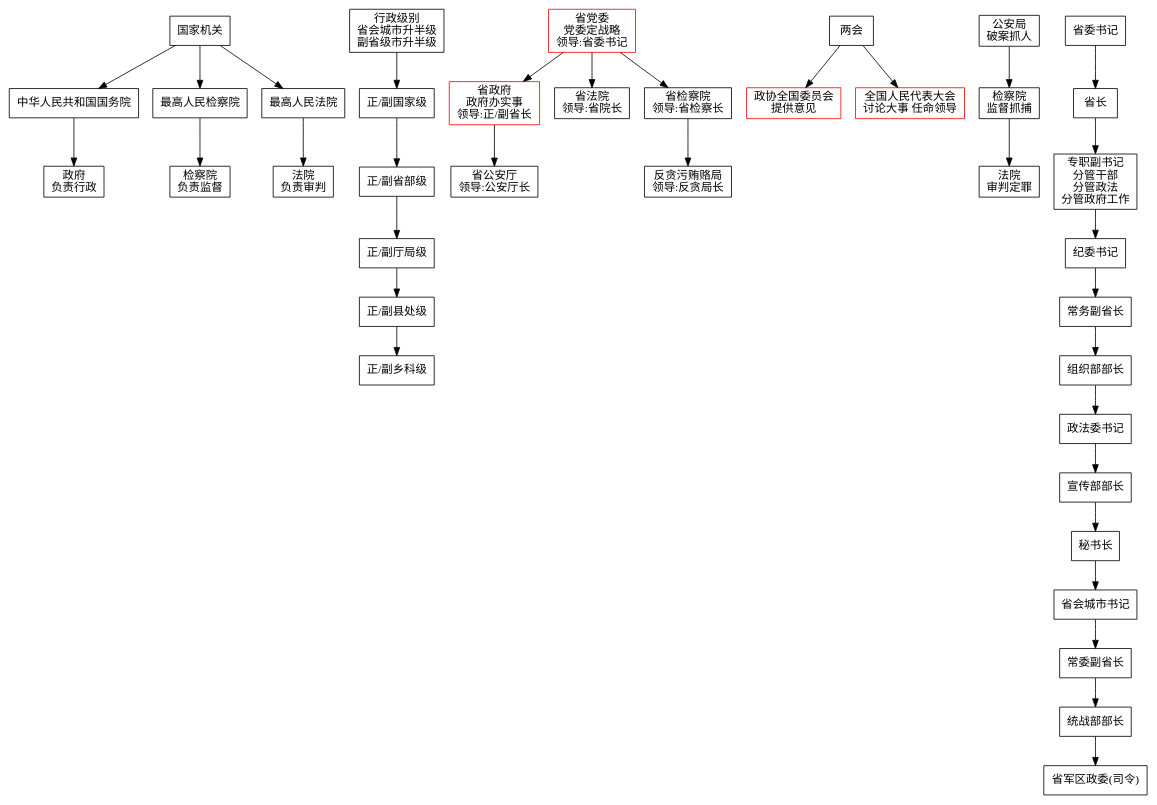
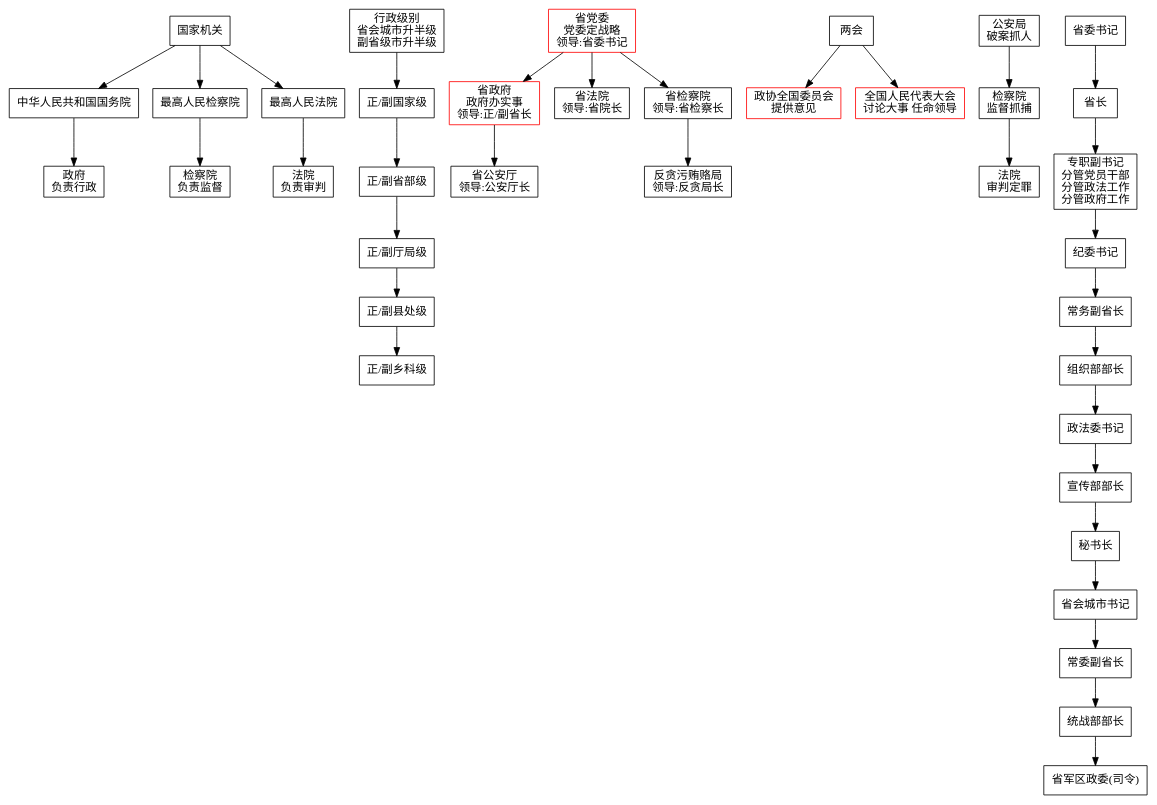
One commit to JamesHopbourn/matplotlib-with-travis changed the diagram in Gov.dot. Above: the diagram before and after it, drawn with Graphviz.

```diff
--- a/Gov.dot
+++ b/Gov.dot
@@ -1,25 +1,25 @@
 digraph Orthogonal {
   node [shape=box];
   "国家机关" -> "中华人民共和国国务院" -> "政府\n负责行政";
   "国家机关" -> "最高人民检察院" -> "检察院\n负责监督";
   "国家机关" -> "最高人民法院" -> "法院\n负责审判";
 
   "行政级别\n省会城市升半级\n副省级市升半级" -> "正/副国家级" -> "正/副省部级" -> "正/副厅局级" -> "正/副县处级" -> "正/副乡科级";
 
   "省党委\n党委定战略\n领导:省委书记" [color="#FF0000"];
   "省政府\n政府办实事\n领导:正/副省长" [color="#FF0000"];
   "政协全国委员会\n提供意见" [color="#FF0000"];
   "全国人民代表大会\n讨论大事 任命领导" [color="#FF0000"];
 
 
   "省党委\n党委定战略\n领导:省委书记" -> "省政府\n政府办实事\n领导:正/副省长" -> "省公安厅\n领导:公安厅长";
   "省党委\n党委定战略\n领导:省委书记" -> "省法院\n领导:省院长";
   "省党委\n党委定战略\n领导:省委书记" -> "省检察院\n领导:省检察长" -> "反贪污贿赂局\n领导:反贪局长"; 
 
   "两会" -> "全国人民代表大会\n讨论大事 任命领导";
   "两会" -> "政协全国委员会\n提供意见";
 
   "公安局\n破案抓人" -> "检察院\n监督抓捕" -> "法院\n审判定罪";
   
-  "省委书记" -> "省长" -> "专职副书记\n分管干部\n分管政法\n分管政府工作" -> "纪委书记" -> "常务副省长" -> "组织部部长" -> "政法委书记" -> "宣传部部长" -> "秘书长" -> "省会城市书记" -> "常委副省长" -> "统战部部长" -> "省军区政委(司令)";
+  "省委书记" -> "省长" -> "专职副书记\n分管党员干部\n分管政法工作\n分管政府工作" -> "纪委书记" -> "常务副省长" -> "组织部部长" -> "政法委书记" -> "宣传部部长" -> "秘书长" -> "省会城市书记" -> "常委副省长" -> "统战部部长" -> "省军区政委(司令)";
 }
```
